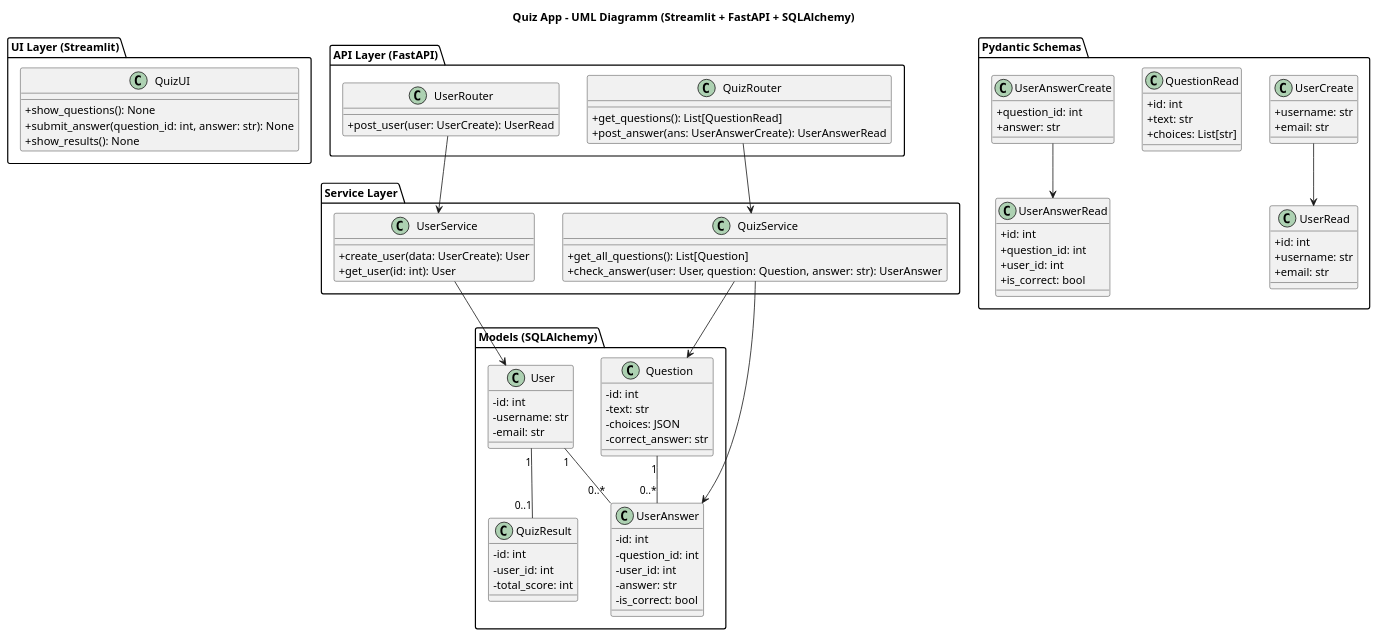
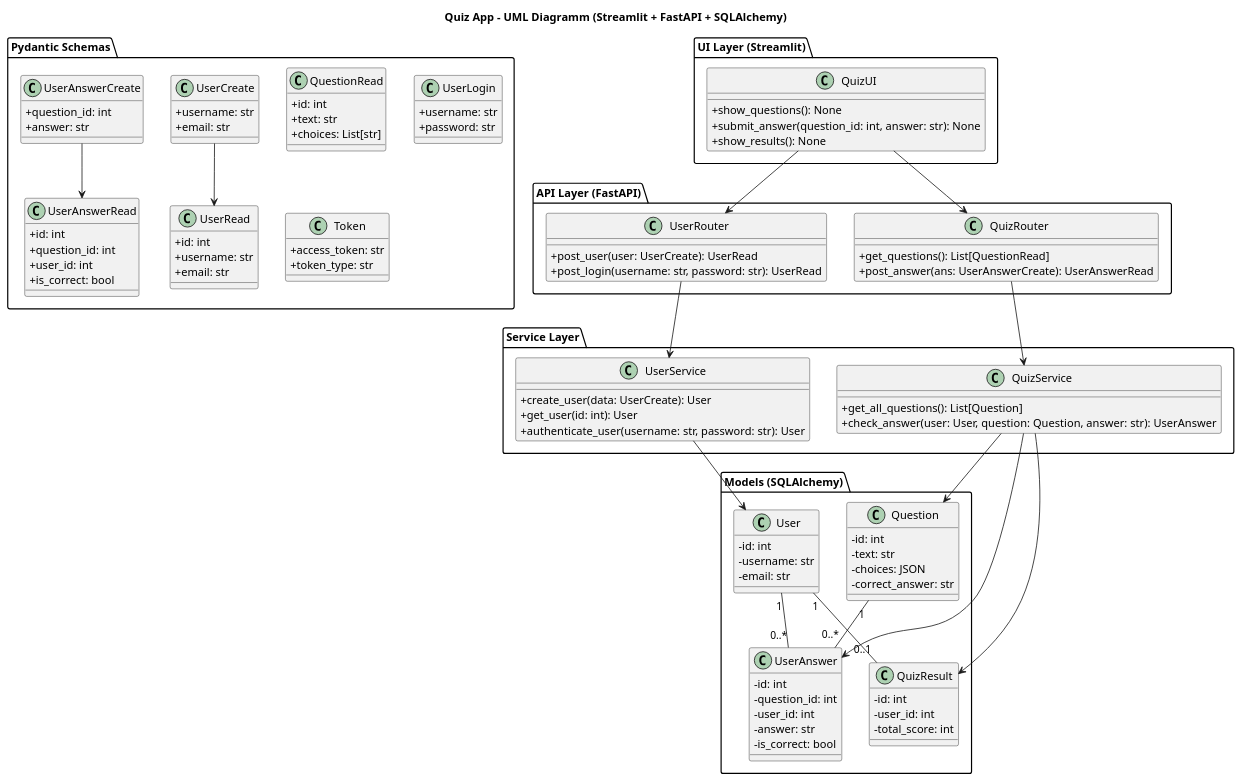
One commit to marrvinn/quiz changed the diagram in quiz.puml. Above: the diagram before and after it, drawn with PlantUML.

Commit message:
add auth to puml

```diff
--- a/quiz.puml
+++ b/quiz.puml
@@ -1,103 +1,118 @@
 @startuml
 
 title "Quiz App - UML Diagramm (Streamlit + FastAPI + SQLAlchemy)"
 
 skinparam classAttributeIconSize 0
 
 package "UI Layer (Streamlit)" {
     class QuizUI {
         + show_questions(): None
         + submit_answer(question_id: int, answer: str): None
         + show_results(): None
     }
 }
 
 package "API Layer (FastAPI)" {
     class QuizRouter {
         + get_questions(): List[QuestionRead]
         + post_answer(ans: UserAnswerCreate): UserAnswerRead
     }
 
     class UserRouter {
         + post_user(user: UserCreate): UserRead
+        + post_login(username: str, password: str): UserRead
     }
 }
 
 package "Pydantic Schemas" {
     class UserCreate {
         + username: str
         + email: str
     }
     class UserRead {
         + id: int
         + username: str
         + email: str
     }
     class QuestionRead {
         + id: int
         + text: str
         + choices: List[str]
     }
     class UserAnswerCreate {
         + question_id: int
         + answer: str
     }
     class UserAnswerRead {
         + id: int
         + question_id: int
         + user_id: int
         + is_correct: bool
     }
+    class UserLogin {
+        + username: str
+        + password: str
+    }
+    class Token {
+        + access_token: str
+        + token_type: str
+    }
 }
 
 package "Service Layer" {
+    class UserService {
+        + create_user(data: UserCreate): User
+        + get_user(id: int): User
+        + authenticate_user(username: str, password: str): User
+    }
     class QuizService {
         + get_all_questions(): List[Question]
         + check_answer(user: User, question: Question, answer: str): UserAnswer
-    }
-    class UserService {
-        + create_user(data: UserCreate): User
-        + get_user(id: int): User
     }
 }
 
 package "Models (SQLAlchemy)" {
     class User {
         - id: int
         - username: str
         - email: str
     }
     class Question {
         - id: int
         - text: str
         - choices: JSON
         - correct_answer: str
     }
     class UserAnswer {
         - id: int
         - question_id: int
         - user_id: int
         - answer: str
         - is_correct: bool
     }
     class QuizResult {
         - id: int
         - user_id: int
         - total_score: int
     }
 }
 
 User "1" -- "0..*" UserAnswer
 Question "1" -- "0..*" UserAnswer
 User "1" -- "0..1" QuizResult
 
+QuizUI --> QuizRouter
+QuizUI --> UserRouter
 QuizRouter --> QuizService
 UserRouter --> UserService
+
 QuizService --> Question
 QuizService --> UserAnswer
+QuizService --> QuizResult
+
 UserService --> User
 
 UserAnswerCreate --> UserAnswerRead
 UserCreate --> UserRead
 
 @enduml
```
